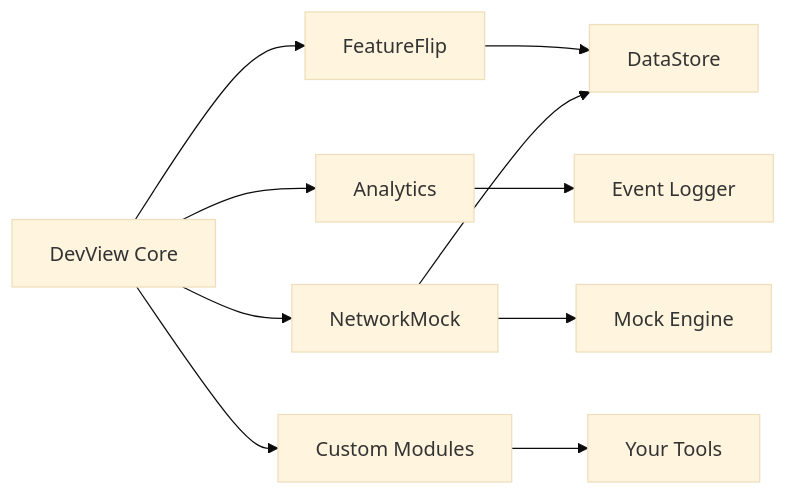
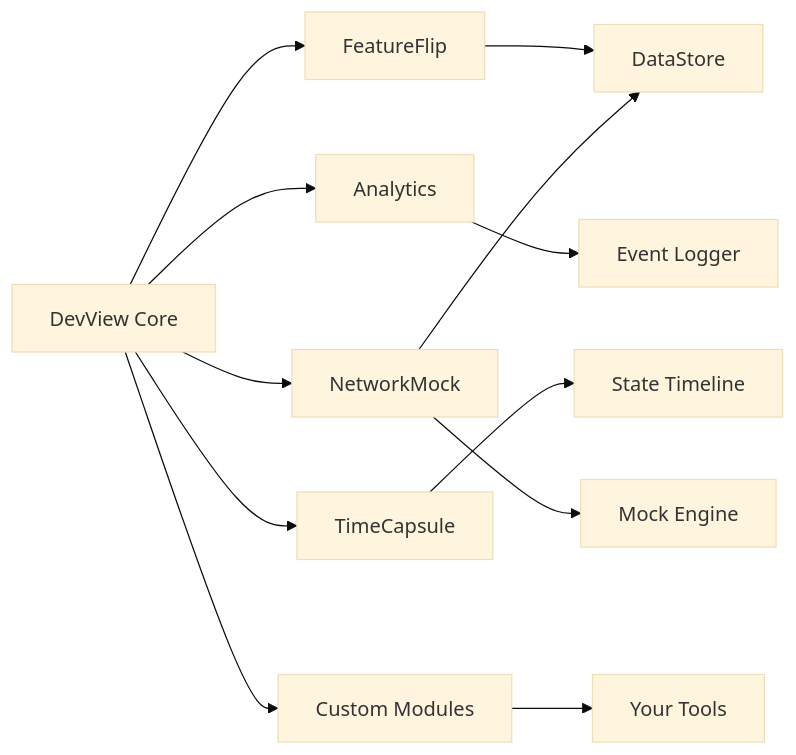
One commit to worldline/devview changed the diagram in docs/modules/index.md. Above: the diagram before and after it, drawn with Mermaid (base theme). The commit also changed other lines of this file and 26 other files, not shown here.

First line of the commit message:
:sparkles: Add TimeCapsule module for per-screen state history and restore

````diff
--- a/docs/modules/index.md
+++ b/docs/modules/index.md
@@ -23,12 +25,14 @@
 ```mermaid
 graph LR
     A[DevView Core] --> B[FeatureFlip]
     A --> C[Analytics]
-    A --> D[NetworkMock]
-    A --> E[Custom Modules]
-    B --> F[DataStore]
-    D --> F[DataStore]
-    C --> G[Event Logger]
-    D --> H[Mock Engine]
-    E --> I[Your Tools]
+    A --> D[TimeCapsule]
+    A --> E[NetworkMock]
+    A --> F[Custom Modules]
+    B --> G[DataStore]
+    E --> G
+    C --> H[Event Logger]
+    D --> I[State Timeline]
+    E --> J[Mock Engine]
+    F --> K[Your Tools]
 ```
````
